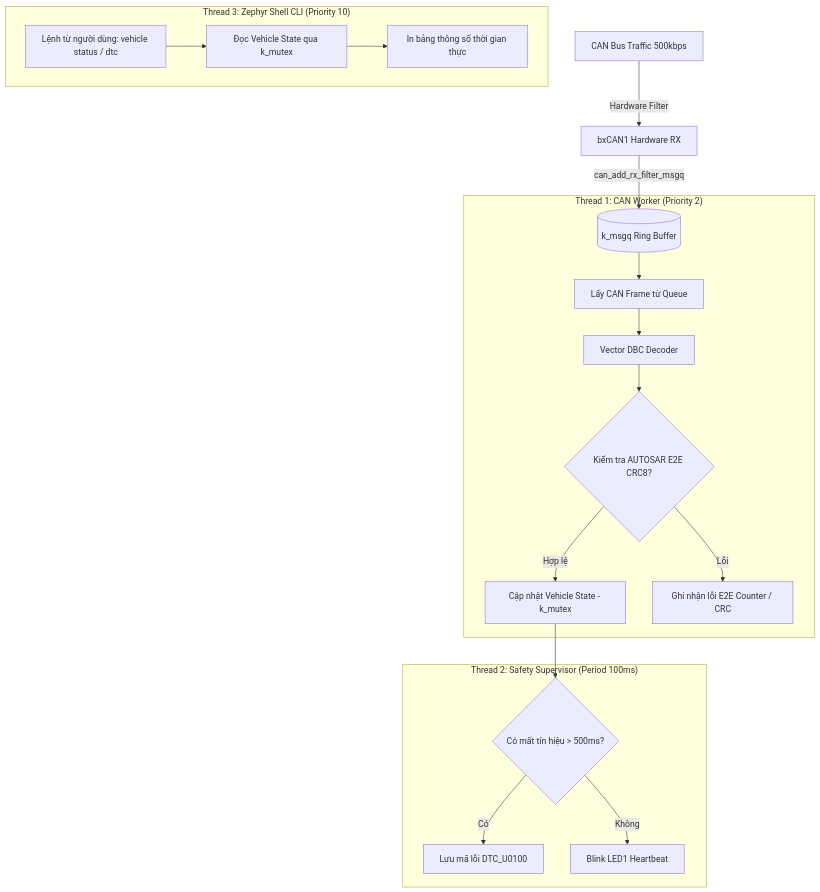
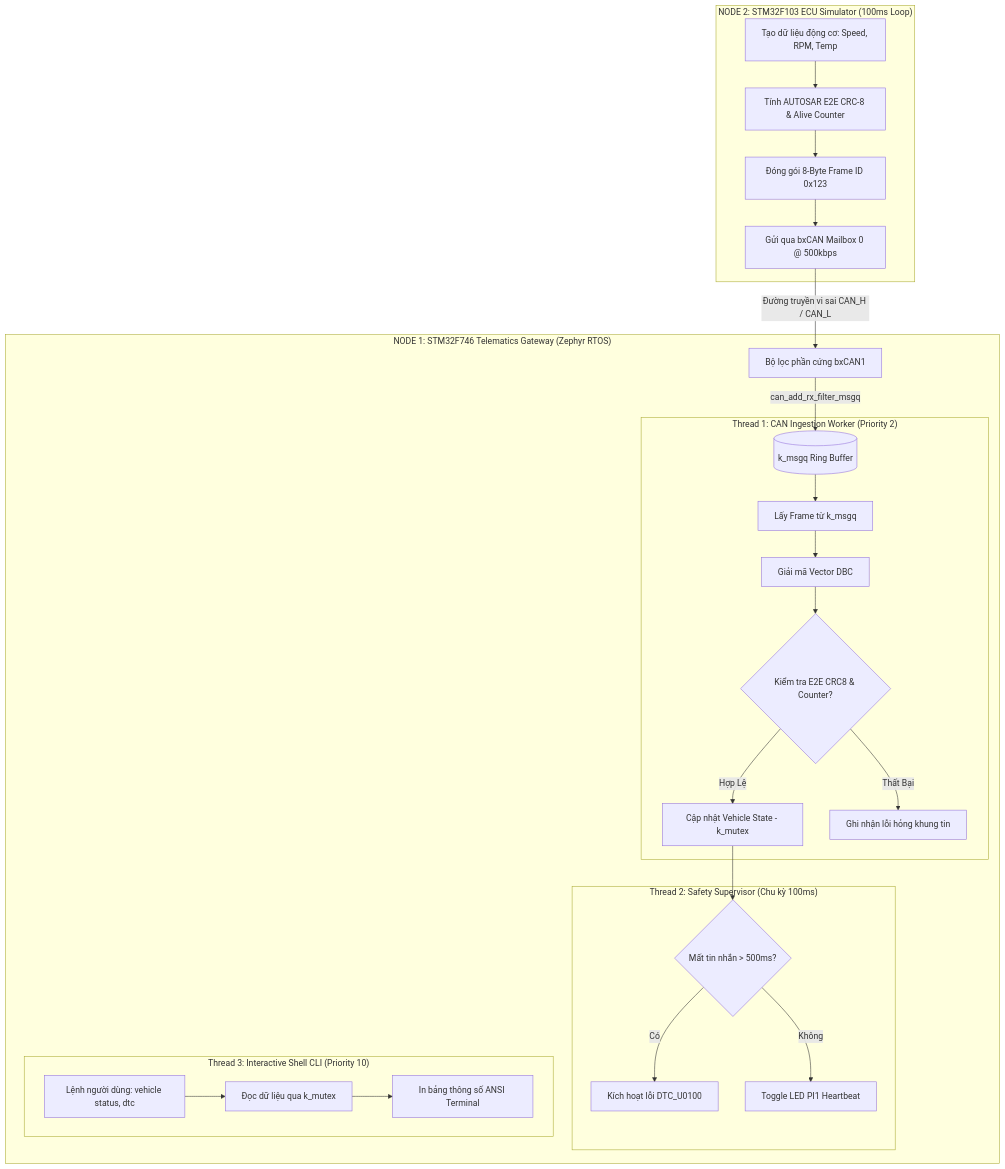
One commit to HuynhTran112/stm32f7-zephyr-can-gateway changed the diagram in README.md. Above: the diagram before and after it, drawn with Mermaid. The commit also changed other lines of this file, not shown here.

````diff
--- a/README.md
+++ b/README.md
@@ -92,24 +194,35 @@
 ```mermaid
 flowchart TD
-    CANBus[CAN Bus Traffic 500kbps] -->|Hardware Filter| CANISR[bxCAN1 Hardware RX]
-    CANISR -->|can_add_rx_filter_msgq| Queue[(k_msgq Ring Buffer)]
-
-    subgraph T1["Thread 1: CAN Worker (Priority 2)"]
-        Queue --> Pull[Lấy CAN Frame từ Queue]
-        Pull --> DBC[Vector DBC Decoder]
-        DBC --> E2E{Kiểm tra AUTOSAR E2E CRC8?}
-        E2E -- Hợp lệ --> UpdateState[Cập nhật Vehicle State - k_mutex]
-        E2E -- Lỗi --> FlagError[Ghi nhận lỗi E2E Counter / CRC]
+    subgraph NODE2["NODE 2: STM32F103 ECU Simulator (100ms Loop)"]
+        GenData[Tạo dữ liệu động cơ: Speed, RPM, Temp]
+        CalcE2E[Tính AUTOSAR E2E CRC-8 & Alive Counter]
+        PackDBC[Đóng gói 8-Byte Frame ID 0x123]
+        SendCAN[Gửi qua bxCAN Mailbox 0 @ 500kbps]
+        GenData --> CalcE2E --> PackDBC --> SendCAN
     end
 
-    subgraph T2["Thread 2: Safety Supervisor (Period 100ms)"]
-        UpdateState --> CheckTimeout{Có mất tín hiệu > 500ms?}
-        CheckTimeout -- Có --> SetDTC[Lưu mã lỗi DTC_U0100]
-        CheckTimeout -- Không --> Heartbeat[Blink LED1 Heartbeat]
-    end
+    SendCAN -->|Đường truyền vi sai CAN_H / CAN_L| CANFilter
 
-    subgraph T3["Thread 3: Zephyr Shell CLI (Priority 10)"]
-        UserCmd[Lệnh từ người dùng: vehicle status / dtc] --> ReadState[Đọc Vehicle State qua k_mutex]
-        ReadState --> PrintTable[In bảng thông số thời gian thực]
+    subgraph NODE1["NODE 1: STM32F746 Telematics Gateway (Zephyr RTOS)"]
+        CANFilter[Bộ lọc phần cứng bxCAN1] -->|can_add_rx_filter_msgq| Queue[(k_msgq Ring Buffer)]
+
+        subgraph THREAD1["Thread 1: CAN Ingestion Worker (Priority 2)"]
+            Queue --> Pull[Lấy Frame từ k_msgq]
+            Pull --> DecodeDBC[Giải mã Vector DBC]
+            DecodeDBC --> CheckE2E{Kiểm tra E2E CRC8 & Counter?}
+            CheckE2E -- Hợp Lệ --> SaveState[Cập nhật Vehicle State - k_mutex]
+            CheckE2E -- Thất Bại --> LogE2E[Ghi nhận lỗi hỏng khung tin]
+        end
+
+        subgraph THREAD2["Thread 2: Safety Supervisor (Chu kỳ 100ms)"]
+            SaveState --> CheckTimeout{Mất tin nhắn > 500ms?}
+            CheckTimeout -- Có --> TriggerDTC[Kích hoạt lỗi DTC_U0100]
+            CheckTimeout -- Không --> Heartbeat[Toggle LED PI1 Heartbeat]
+        end
+
+        subgraph THREAD3["Thread 3: Interactive Shell CLI (Priority 10)"]
+            UserIn[Lệnh người dùng: vehicle status, dtc] --> AccessData[Đọc dữ liệu qua k_mutex]
+            AccessData --> FormattedOutput[In bảng thông số ANSI Terminal]
+        end
     end
 ```
````
